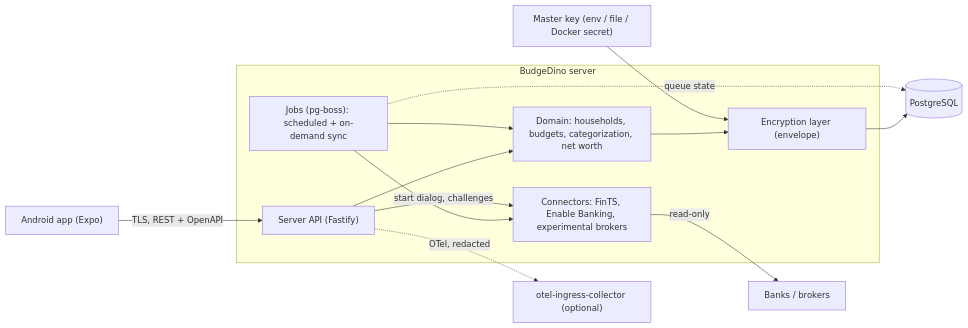
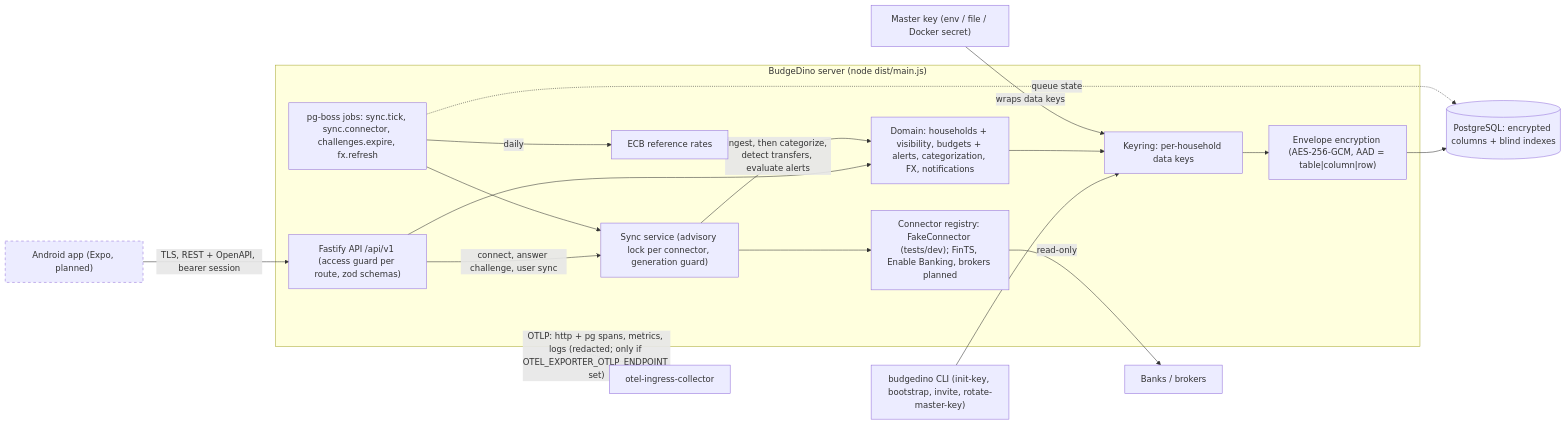
One commit to nmehlei/BudgeDino changed the diagram in docs/architecture.md. Above: the diagram before and after it, drawn with Mermaid. The commit also changed other lines of this file and 28 other files, not shown here.

First line of the commit message:
test: end-to-end household slice; production entry point, config, build, docs sync

````diff
--- a/docs/architecture.md
+++ b/docs/architecture.md
@@ -8,16 +11,21 @@
 ```mermaid
 flowchart LR
-  app["Android app (Expo)"] -->|"TLS, REST + OpenAPI"| api["Server API (Fastify)"]
-  subgraph server["BudgeDino server"]
-    api --> domain["Domain: households, budgets, categorization, net worth"]
-    jobs["Jobs (pg-boss): scheduled + on-demand sync"] --> domain
-    jobs --> conn["Connectors: FinTS, Enable Banking, experimental brokers"]
-    api -->|"start dialog, challenges"| conn
-    domain --> enc["Encryption layer (envelope)"]
+  app["Android app (Expo, planned)"]:::planned -->|"TLS, REST + OpenAPI, bearer session"| api
+  cli["budgedino CLI (init-key, bootstrap, invite, rotate-master-key)"] --> keyring
+  subgraph server["BudgeDino server (node dist/main.js)"]
+    api["Fastify API /api/v1 (access guard per route, zod schemas)"] --> domain["Domain: households + visibility, budgets + alerts, categorization, FX, notifications"]
+    api -->|"connect, answer challenge, user sync"| sync["Sync service (advisory lock per connector, generation guard)"]
+    jobs["pg-boss jobs: sync.tick, sync.connector, challenges.expire, fx.refresh"] --> sync
+    sync --> conn["Connector registry: FakeConnector (tests/dev); FinTS, Enable Banking, brokers planned"]
+    sync -->|"ingest, then categorize, detect transfers, evaluate alerts"| domain
+    domain --> keyring["Keyring: per-household data keys"]
+    keyring --> enc["Envelope encryption (AES-256-GCM, AAD = table|column|row)"]
+    jobs -->|"daily"| ecb["ECB reference rates"]
   end
-  enc --> pg[("PostgreSQL")]
+  enc --> pg[("PostgreSQL: encrypted columns + blind indexes")]
   jobs -. "queue state" .-> pg
   conn -->|"read-only"| banks["Banks / brokers"]
-  mk["Master key (env / file / Docker secret)"] --> enc
-  api -. "OTel, redacted" .-> otel["otel-ingress-collector (optional)"]
+  mk["Master key (env / file / Docker secret)"] -->|"wraps data keys"| keyring
+  server -. "OTLP: http + pg spans, metrics, logs (redacted; only if OTEL_EXPORTER_OTLP_ENDPOINT set)" .-> otel["otel-ingress-collector"]
+  classDef planned stroke-dasharray: 5 5
 ```
````
